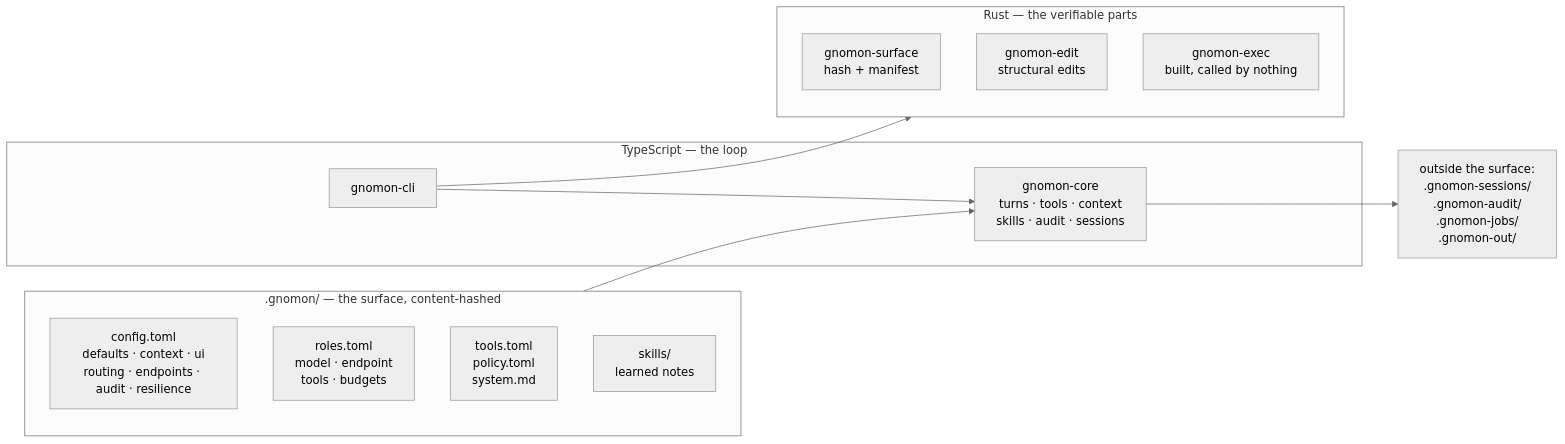
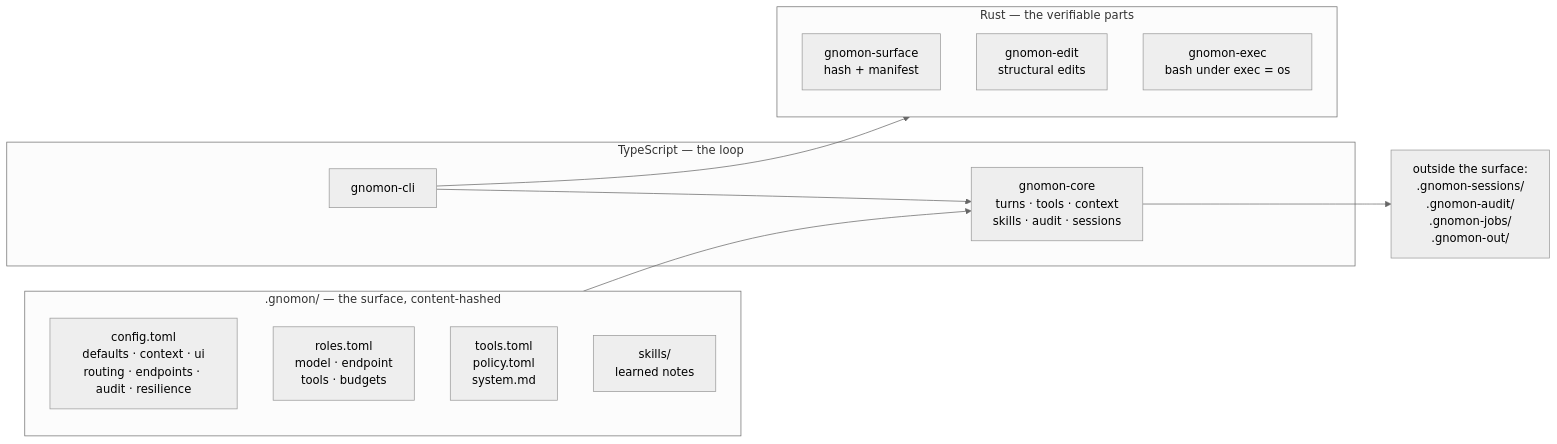
Before and after one commit to eljaplacido/gnomonharness: the second of 2 diagrams in README.md, drawn with Mermaid (neutral theme). The commit also changed other lines of this file and 28 other files, not shown here.

````diff
--- a/README.md
+++ b/README.md
@@ -180,25 +180,25 @@
 ```mermaid
 flowchart LR
     subgraph SURFACE[".gnomon/ — the surface, content-hashed"]
         S1["config.toml<br/>defaults · context · ui<br/>routing · endpoints · audit · resilience"]
         S2["roles.toml<br/>model · endpoint<br/>tools · budgets"]
         S3["tools.toml<br/>policy.toml<br/>system.md"]
         S4["skills/<br/>learned notes"]
     end
 
     subgraph TS["TypeScript — the loop"]
         T1["gnomon-core<br/>turns · tools · context<br/>skills · audit · sessions"]
         T2["gnomon-cli"]
     end
 
     subgraph RS["Rust — the verifiable parts"]
         R1["gnomon-surface<br/>hash + manifest"]
         R2["gnomon-edit<br/>structural edits"]
-        R3["gnomon-exec<br/>built, called by nothing"]
+        R3["gnomon-exec<br/>bash under exec = os"]
     end
 
     SURFACE --> T1
     T2 --> T1
     T2 --> RS
     T1 --> OUT["outside the surface:<br/>.gnomon-sessions/<br/>.gnomon-audit/<br/>.gnomon-jobs/<br/>.gnomon-out/"]
 ```
````
